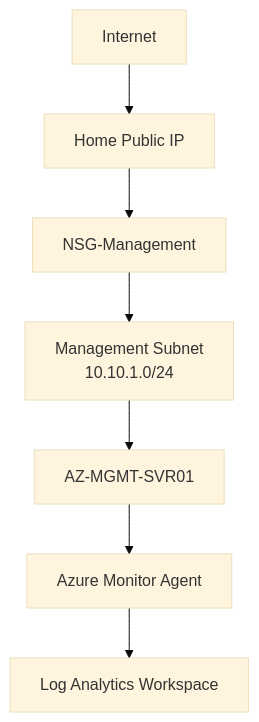
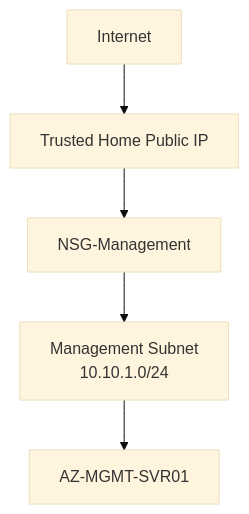
The first of 6 diagrams in 09-SecurityAndGovernance.md (Solomon-Botchway/Azure-Enterprise-Infrastructure-Operations-Monitoring-Project), drawn with Mermaid (base theme) before and after one commit. The commit also changed other lines of this file, not shown here.

````diff
--- a/09-SecurityAndGovernance.md
+++ b/09-SecurityAndGovernance.md
@@ -20,17 +27,12 @@
 ```mermaid
 flowchart TB
 
-A[Internet]
+    A[Internet]
+    --> B[Trusted Home Public IP]
 
-A-->B[Home Public IP]
+    B --> C[NSG-Management]
 
-B-->C[NSG-Management]
+    C --> D[Management Subnet<br>10.10.1.0/24]
 
-C-->D[Management Subnet<BR>10.10.1.0/24]
-
-D-->E[AZ-MGMT-SVR01]
-
-E-->F[Azure Monitor Agent]
-
-F-->G[Log Analytics Workspace]
+    D --> E[AZ-MGMT-SVR01]
 ```
````
